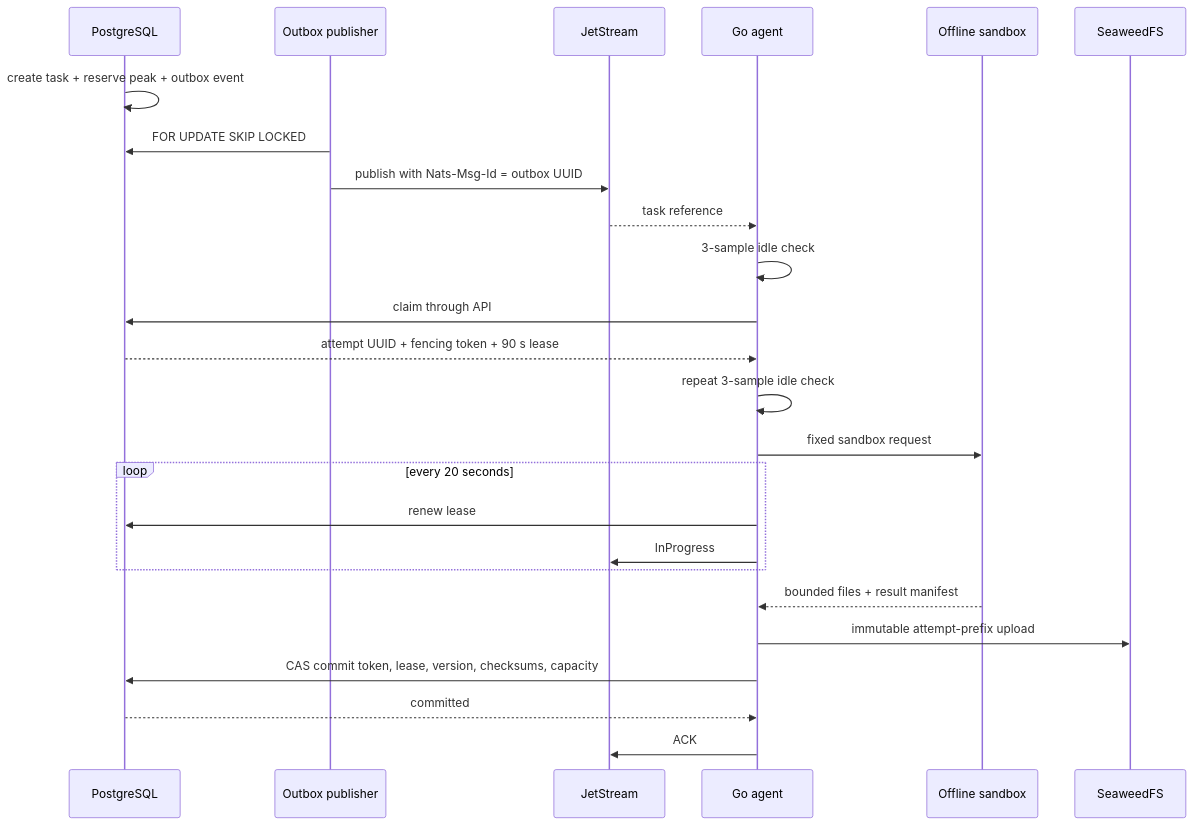
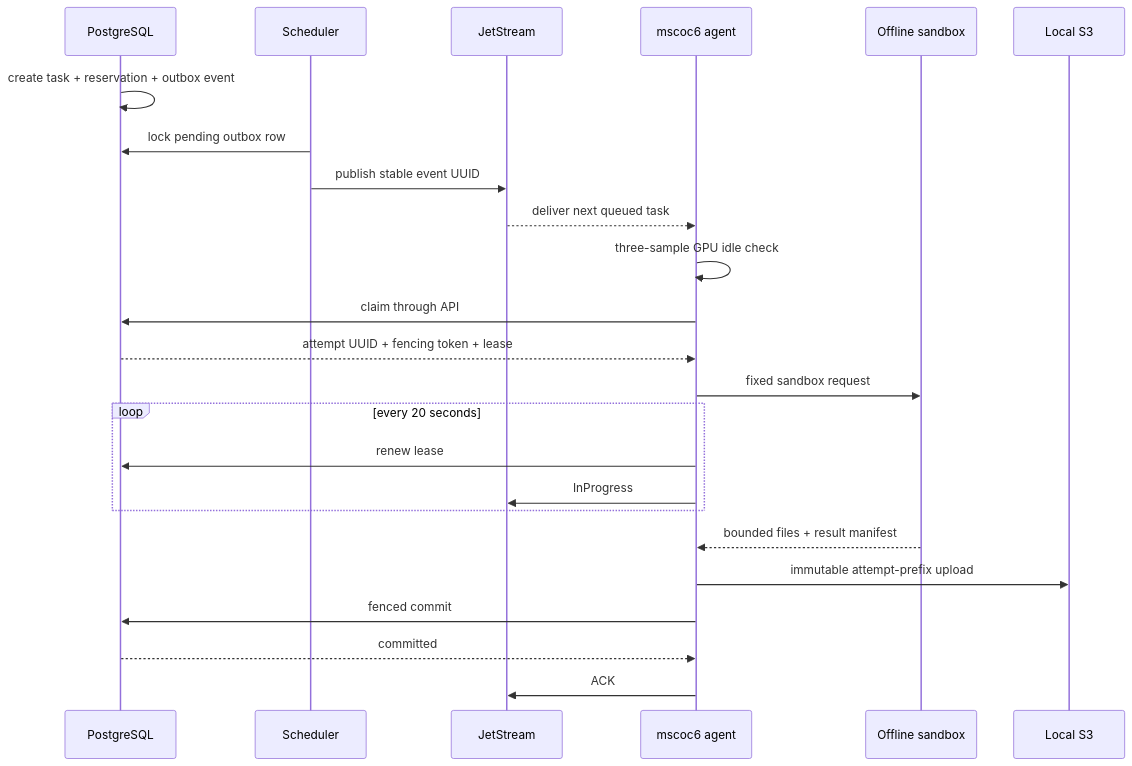
The diagram in docs/ARCHITECTURE.md (mammadovziya/library-prep-pipeline), drawn with Mermaid before and after one commit. The commit also changed other lines of this file and 36 other files, not shown here.

````diff
--- a/docs/ARCHITECTURE.md
+++ b/docs/ARCHITECTURE.md
@@ -7,28 +24,27 @@
 ```mermaid
 sequenceDiagram
     participant DB as PostgreSQL
-    participant O as Outbox publisher
+    participant O as Scheduler
     participant JS as JetStream
-    participant W as Go agent
+    participant W as mscoc6 agent
     participant S as Offline sandbox
-    participant OBJ as SeaweedFS
+    participant OBJ as Local S3
 
-    DB->>DB: create task + reserve peak + outbox event
-    O->>DB: FOR UPDATE SKIP LOCKED
-    O->>JS: publish with Nats-Msg-Id = outbox UUID
-    JS-->>W: task reference
-    W->>W: 3-sample idle check
+    DB->>DB: create task + reservation + outbox event
+    O->>DB: lock pending outbox row
+    O->>JS: publish stable event UUID
+    JS-->>W: deliver next queued task
+    W->>W: three-sample GPU idle check
     W->>DB: claim through API
-    DB-->>W: attempt UUID + fencing token + 90 s lease
-    W->>W: repeat 3-sample idle check
+    DB-->>W: attempt UUID + fencing token + lease
     W->>S: fixed sandbox request
     loop every 20 seconds
         W->>DB: renew lease
         W->>JS: InProgress
     end
     S-->>W: bounded files + result manifest
     W->>OBJ: immutable attempt-prefix upload
-    W->>DB: CAS commit token, lease, version, checksums, capacity
+    W->>DB: fenced commit
     DB-->>W: committed
     W->>JS: ACK
 ```
````
